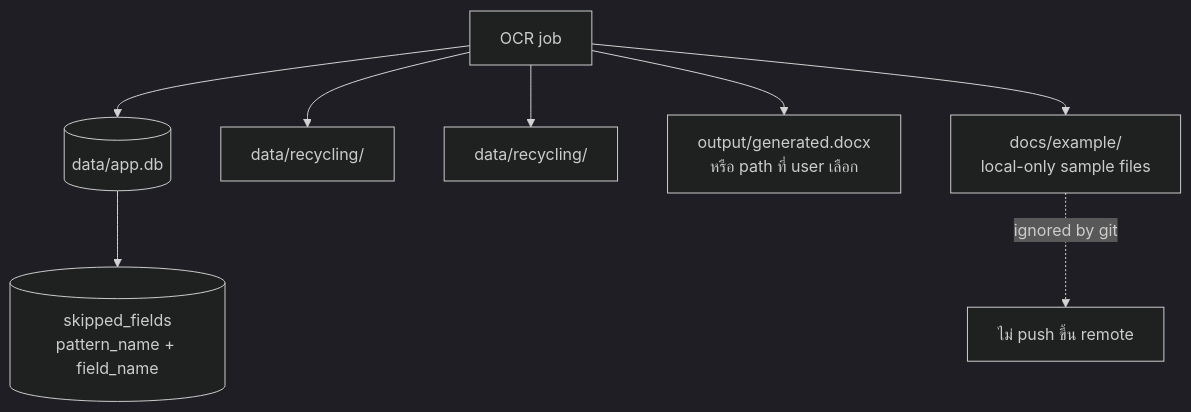
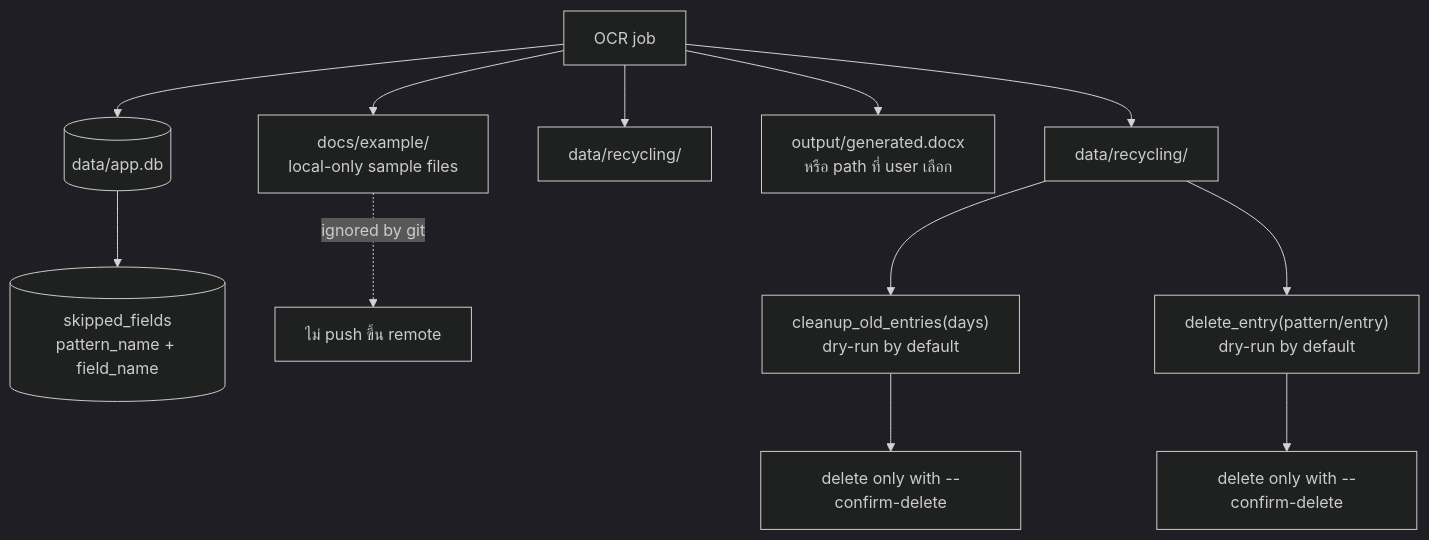
Before and after one commit to DoctorKS/Rape_OCR: the ninth of 9 diagrams in docs/architecture.md, drawn with Mermaid (dark theme). The commit also changed other lines of this file and 11 other files, not shown here.

````diff
--- a/docs/architecture.md
+++ b/docs/architecture.md
@@ -220,10 +228,14 @@
 ```mermaid
 flowchart TD
     A["OCR job"] --> B[("data/app.db")]
     B --> B1[("skipped_fields\npattern_name + field_name")]
     A --> C["data/recycling/<pattern>/<timestamp_jobid>/metadata.json"]
     A --> D["data/recycling/<pattern>/<timestamp_jobid>/<original_image>"]
     A --> E["output/generated.docx\nหรือ path ที่ user เลือก"]
     A --> F["docs/example/\nlocal-only sample files"]
     F -. "ignored by git" .-> G["ไม่ push ขึ้น remote"]
+    C --> H["cleanup_old_entries(days)\ndry-run by default"]
+    H --> I["delete only with --confirm-delete"]
+    C --> J["delete_entry(pattern/entry)\ndry-run by default"]
+    J --> K["delete only with --confirm-delete"]
 ```
````
